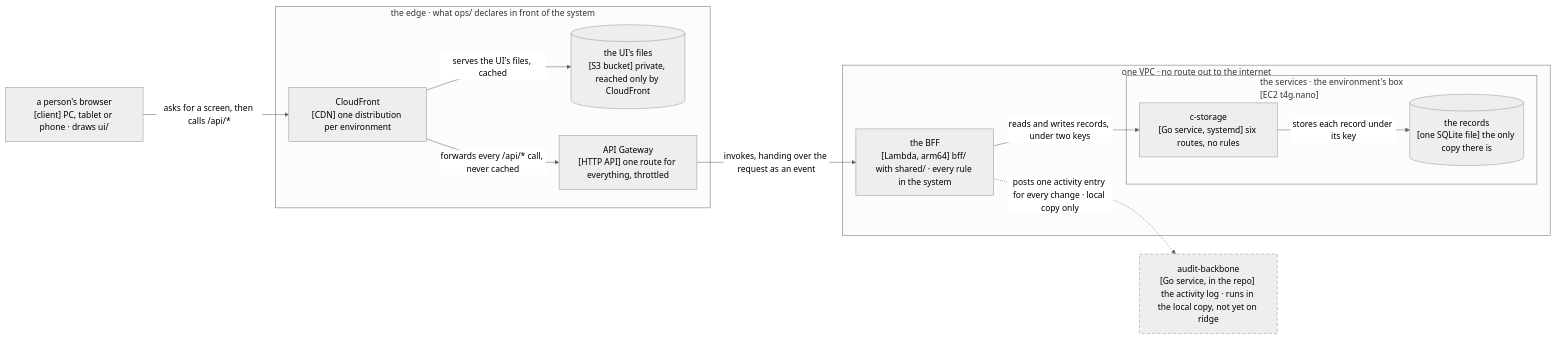
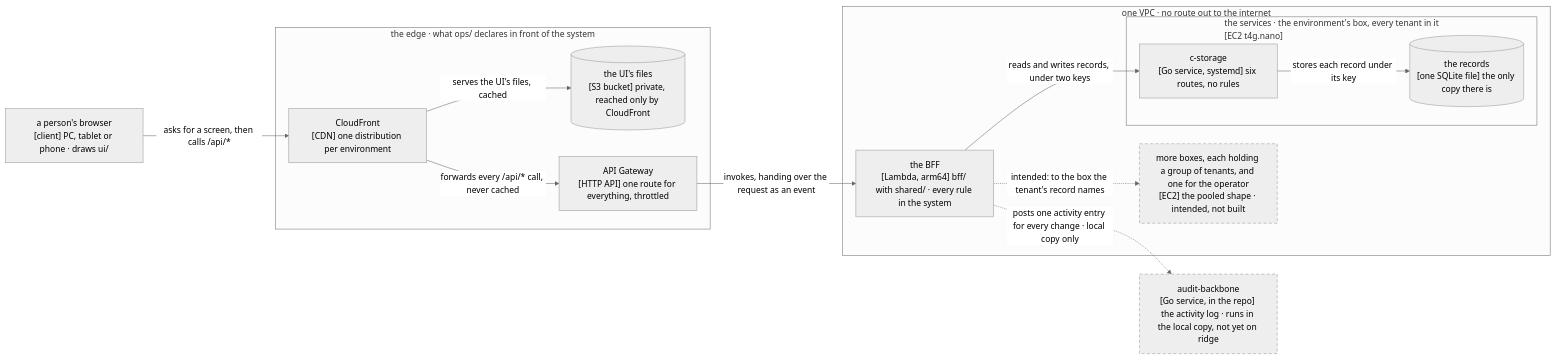
The diagram in docs/architecture.md (ancJ29/credo), drawn with Mermaid (neutral theme) before and after one commit. The commit also changed other lines of this file and 7 other files, not shown here.

````diff
--- a/docs/architecture.md
+++ b/docs/architecture.md
@@ -15,26 +20,28 @@
 ```mermaid
 flowchart LR
   browser["a person's browser<br/>[client] PC, tablet or phone · draws ui/"]
   subgraph edge["the edge · what ops/ declares in front of the system"]
     cdn["CloudFront<br/>[CDN] one distribution per environment"]
     s3[("the UI's files<br/>[S3 bucket] private, reached only by CloudFront")]
     api["API Gateway<br/>[HTTP API] one route for everything, throttled"]
   end
   subgraph vpc["one VPC · no route out to the internet"]
     bff["the BFF<br/>[Lambda, arm64] bff/ with shared/ · every rule in the system"]
-    subgraph box["the services · the environment's box<br/>[EC2 t4g.nano]"]
+    subgraph box["the services · the environment's box, every tenant in it<br/>[EC2 t4g.nano]"]
       cs["c-storage<br/>[Go service, systemd] six routes, no rules"]
       db[("the records<br/>[one SQLite file] the only copy there is")]
     end
+    more["more boxes, each holding a group of tenants, and one for the operator<br/>[EC2] the pooled shape · intended, not built"]
   end
   ab["audit-backbone<br/>[Go service, in the repo] the activity log · runs in the local copy, not yet on ridge"]
   browser -- "asks for a screen, then calls /api/*" --> cdn
   cdn -- "serves the UI's files, cached" --> s3
   cdn -- "forwards every /api/* call, never cached" --> api
   api -- "invokes, handing over the request as an event" --> bff
   bff -- "reads and writes records, under two keys" --> cs
   cs -- "stores each record under its key" --> db
   bff -. "posts one activity entry for every change · local copy only" .-> ab
+  bff -. "intended: to the box the tenant's record names" .-> more
   classDef intended stroke-dasharray: 6 4
-  class ab intended
+  class ab,more intended
 ```
````
